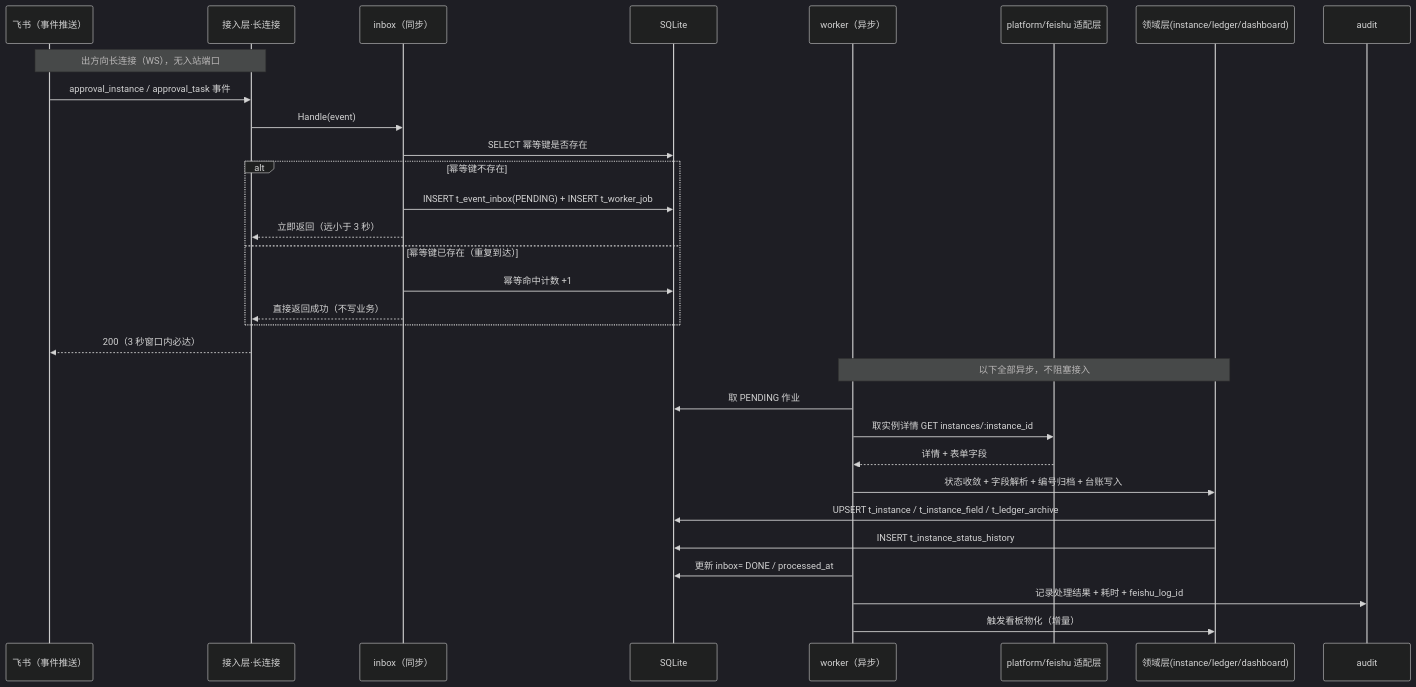
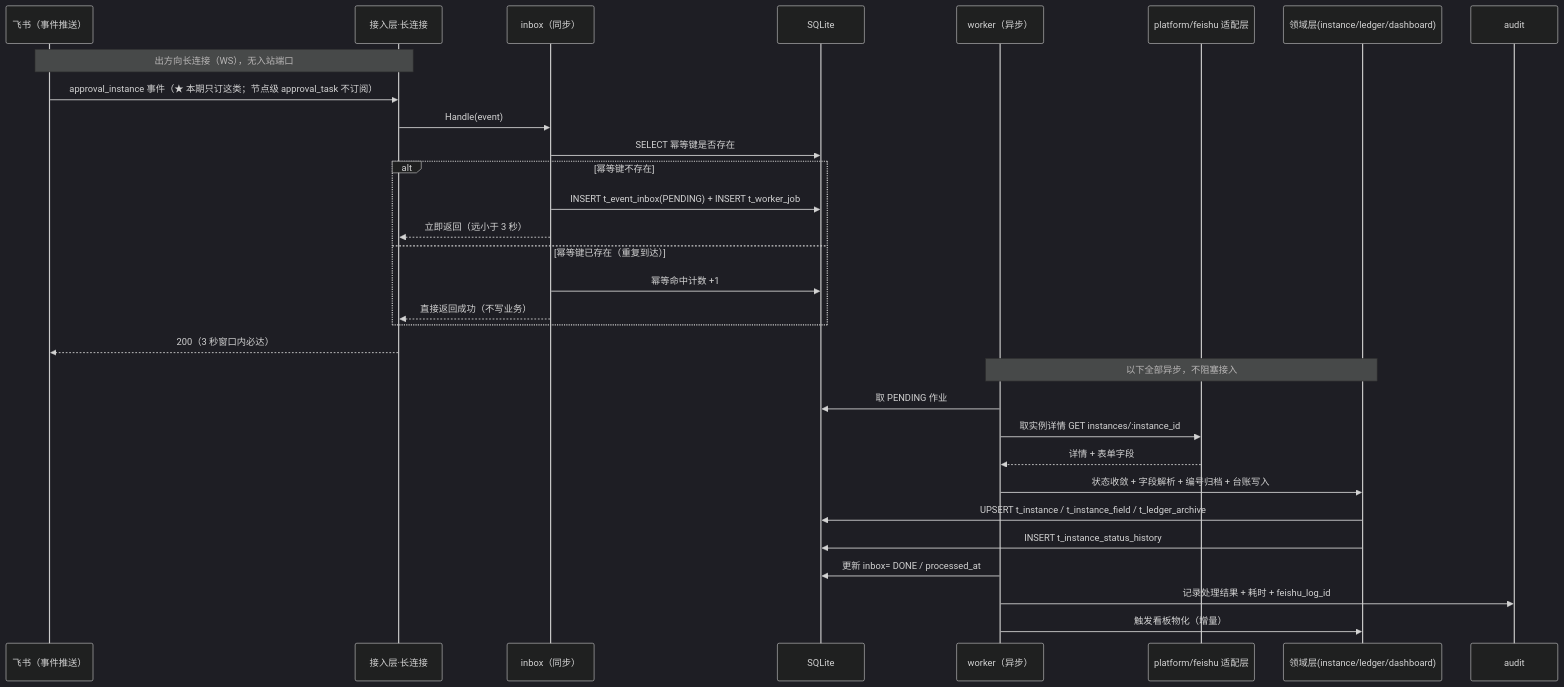
The second of 5 diagrams in docs/04-Architecture.md (chadhao/jx-procurement-platform), drawn with Mermaid (dark theme) before and after one commit. The commit also changed other lines of this file and 11 other files, not shown here.

````diff
--- a/docs/04-Architecture.md
+++ b/docs/04-Architecture.md
@@ -592,35 +592,35 @@
 ```mermaid
 sequenceDiagram
   participant FS as 飞书（事件推送）
   participant LC as 接入层·长连接
   participant IB as inbox（同步）
   participant DB as SQLite
   participant WK as worker（异步）
   participant AD as platform/feishu 适配层
   participant DM as 领域层(instance/ledger/dashboard)
   participant AU as audit
 
   Note over FS,LC: 出方向长连接（WS），无入站端口
-  FS->>LC: approval_instance / approval_task 事件
+  FS->>LC: approval_instance 事件（★ 本期只订这类；节点级 approval_task 不订阅）
   LC->>IB: Handle(event)
   IB->>DB: SELECT 幂等键是否存在
   alt 幂等键不存在
     IB->>DB: INSERT t_event_inbox(PENDING) + INSERT t_worker_job
     IB-->>LC: 立即返回（远小于 3 秒）
   else 幂等键已存在（重复到达）
     IB->>DB: 幂等命中计数 +1
     IB-->>LC: 直接返回成功（不写业务）
   end
   LC-->>FS: 200（3 秒窗口内必达）
 
   Note over WK,DM: 以下全部异步，不阻塞接入
   WK->>DB: 取 PENDING 作业
   WK->>AD: 取实例详情 GET instances/:instance_id
   AD-->>WK: 详情 + 表单字段
   WK->>DM: 状态收敛 + 字段解析 + 编号归档 + 台账写入
   DM->>DB: UPSERT t_instance / t_instance_field / t_ledger_archive
   DM->>DB: INSERT t_instance_status_history
   WK->>DB: 更新 inbox= DONE / processed_at
   WK->>AU: 记录处理结果 + 耗时 + feishu_log_id
   WK->>DM: 触发看板物化（增量）
 ```
````
